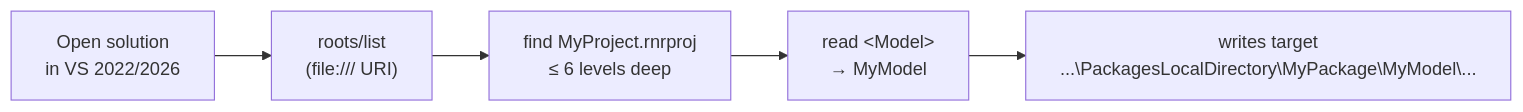
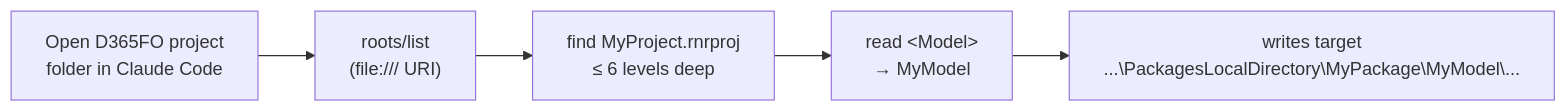
One commit to tfranczyk/d365fo-mcp-server changed the diagram in docs/WORKSPACE_DETECTION.md. Above: the diagram before and after it, drawn with Mermaid. The commit also changed other lines of this file and 10 other files, not shown here.

First line of the commit message:
Docs: Claude Code only, point to the two root deployment guides, fix repo URLs

````diff
--- a/docs/WORKSPACE_DETECTION.md
+++ b/docs/WORKSPACE_DETECTION.md
@@ -23,7 +23,7 @@
 ```mermaid
 flowchart LR
-    A[Open solution<br/>in VS 2022/2026] --> B["roots/list<br/>(file:/// URI)"]
+    A[Open D365FO project<br/>folder in Claude Code] --> B["roots/list<br/>(file:/// URI)"]
     B --> C[find MyProject.rnrproj<br/>≤ 6 levels deep]
     C --> D["read &lt;Model&gt;<br/>→ MyModel"]
     D --> E["writes target<br/>...\PackagesLocalDirectory\MyPackage\MyModel\..."]
 ```
````
